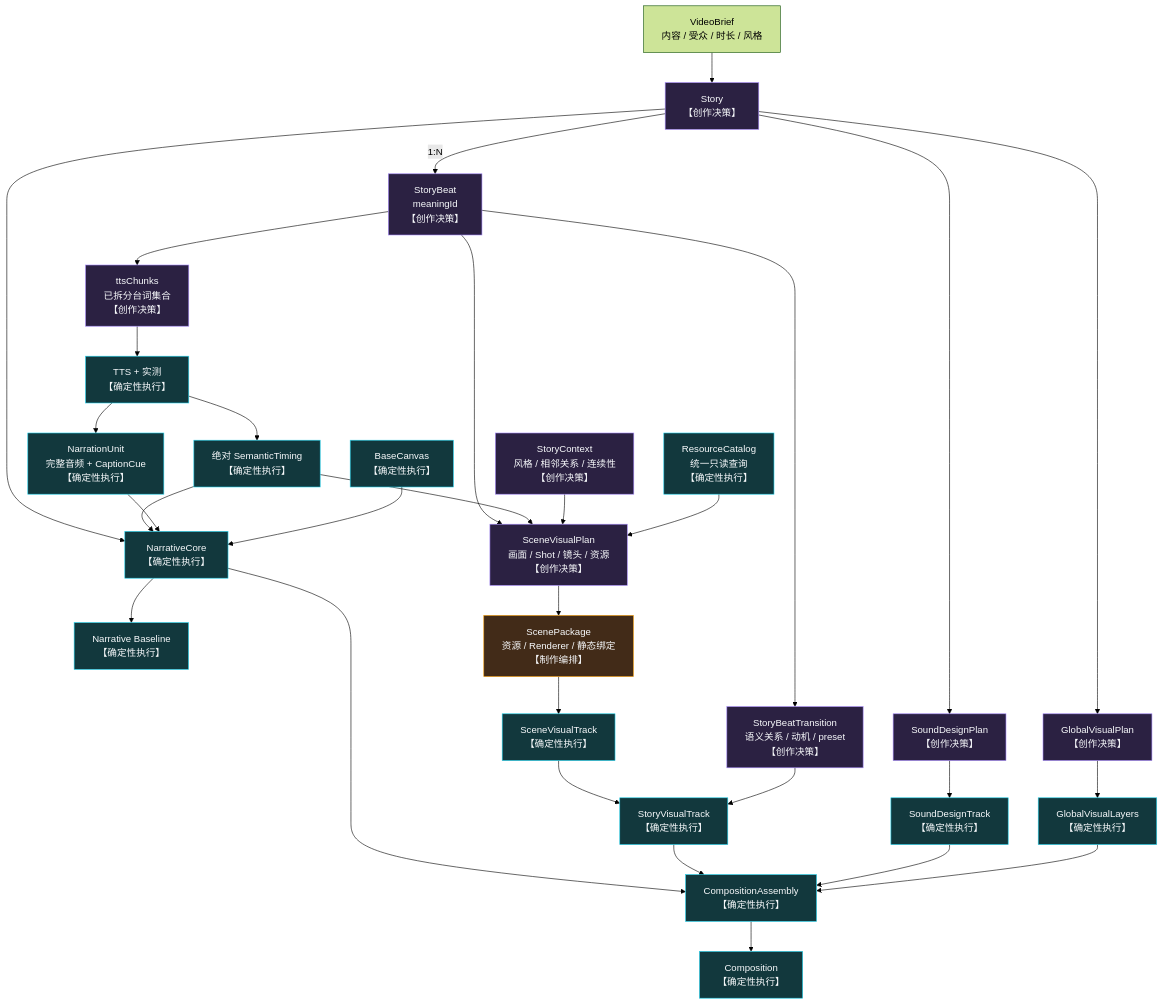
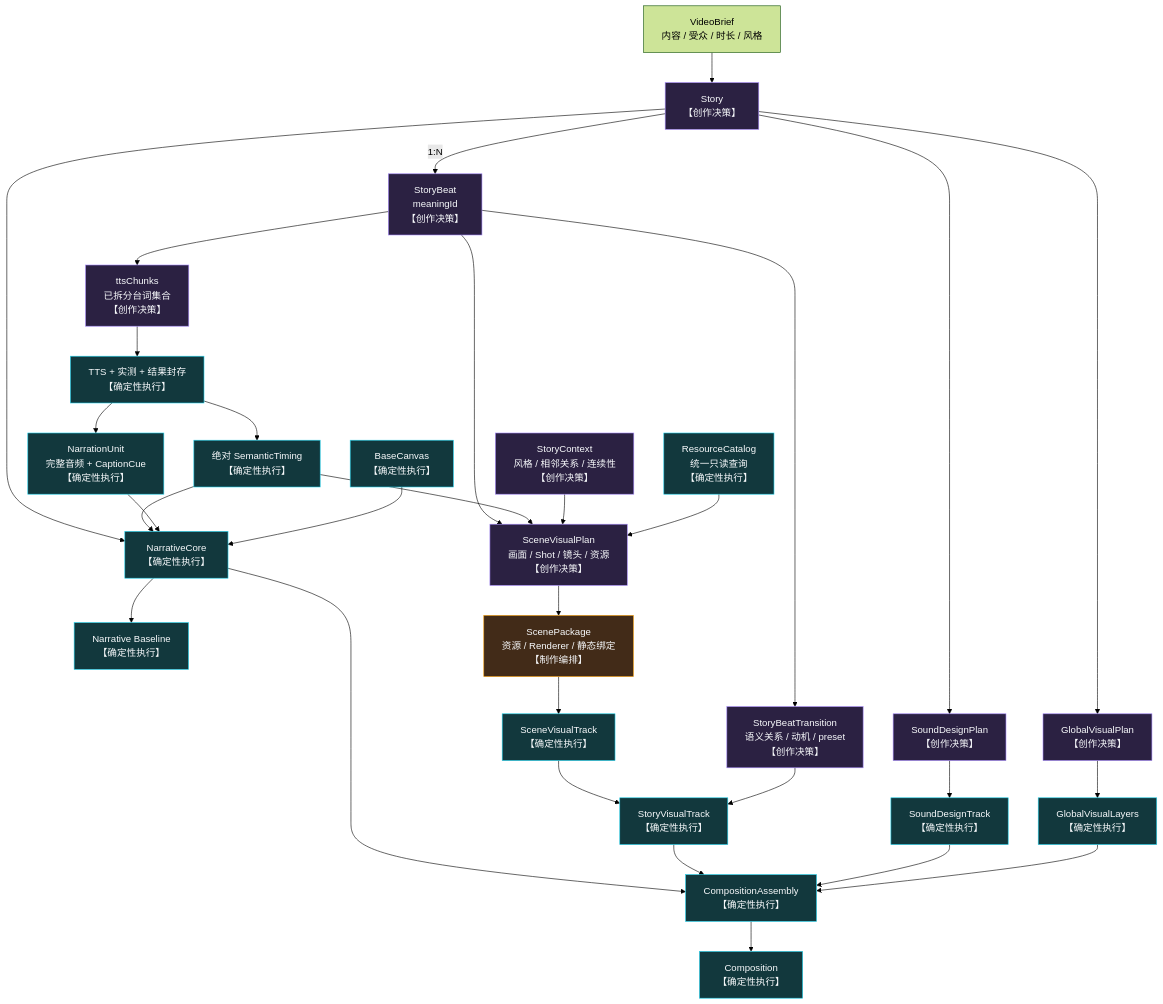
Before and after one commit to AXMORF/axmorf-studio: the first of 2 diagrams in docs/ARCHITECTURE.md, drawn with Mermaid (forest theme). The commit also changed other lines of this file and 6 other files, not shown here.

Commit message:
docs: define deterministic execution architecture

````diff
--- a/docs/ARCHITECTURE.md
+++ b/docs/ARCHITECTURE.md
@@ -17,44 +17,44 @@
 ```mermaid
 flowchart TB
     Brief["VideoBrief<br/>内容 / 受众 / 时长 / 风格"] --> Story["Story<br/>【创作决策】"]
     Story -->|"1:N"| Beat["StoryBeat<br/>meaningId<br/>【创作决策】"]
 
     Beat --> Chunks["ttsChunks<br/>已拆分台词集合<br/>【创作决策】"]
-    Chunks --> TTS["TTS + 实测<br/>【确定性执行】"]
+    Chunks --> TTS["TTS + 实测 + 结果封存<br/>【确定性执行】"]
     TTS --> Timing["绝对 SemanticTiming<br/>【确定性执行】"]
     TTS --> Narration["NarrationUnit<br/>完整音频 + CaptionCue<br/>【确定性执行】"]
     Story --> Core["NarrativeCore<br/>【确定性执行】"]
     Timing --> Core
     Narration --> Core
     Base["BaseCanvas<br/>【确定性执行】"] --> Core
     Core --> Baseline["Narrative Baseline<br/>【确定性执行】"]
 
     Beat --> Plan["SceneVisualPlan<br/>画面 / Shot / 镜头 / 资源<br/>【创作决策】"]
     Timing --> Plan
     Context["StoryContext<br/>风格 / 相邻关系 / 连续性<br/>【创作决策】"] --> Plan
     Catalog["ResourceCatalog<br/>统一只读查询<br/>【确定性执行】"] --> Plan
     Plan --> Package["ScenePackage<br/>资源 / Renderer / 静态绑定<br/>【制作编排】"]
     Package --> VisualUnit["SceneVisualTrack<br/>【确定性执行】"]
 
     Beat --> Transition["StoryBeatTransition<br/>语义关系 / 动机 / preset<br/>【创作决策】"]
     VisualUnit --> Visual["StoryVisualTrack<br/>【确定性执行】"]
     Transition --> Visual
 
     Story --> SoundPlan["SoundDesignPlan<br/>【创作决策】"]
     SoundPlan --> Sound["SoundDesignTrack<br/>【确定性执行】"]
     Story --> GlobalPlan["GlobalVisualPlan<br/>【创作决策】"]
     GlobalPlan --> Global["GlobalVisualLayers<br/>【确定性执行】"]
 
     Core --> Assembly["CompositionAssembly<br/>【确定性执行】"]
     Visual --> Assembly
     Sound --> Assembly
     Global --> Assembly
     Assembly --> Composition["Composition<br/>【确定性执行】"]
 
     classDef creative fill:#2b2142,stroke:#a78bfa,color:#f8fafc;
     classDef orchestration fill:#422b18,stroke:#f59e0b,color:#f8fafc;
     classDef deterministic fill:#12383d,stroke:#22d3ee,color:#f8fafc;
     class Story,Beat,Chunks,Plan,Context,Transition,SoundPlan,GlobalPlan creative;
     class Package orchestration;
     class TTS,Timing,Narration,Core,Base,Baseline,Catalog,VisualUnit,Visual,Sound,Global,Assembly,Composition deterministic;
 ```
````
